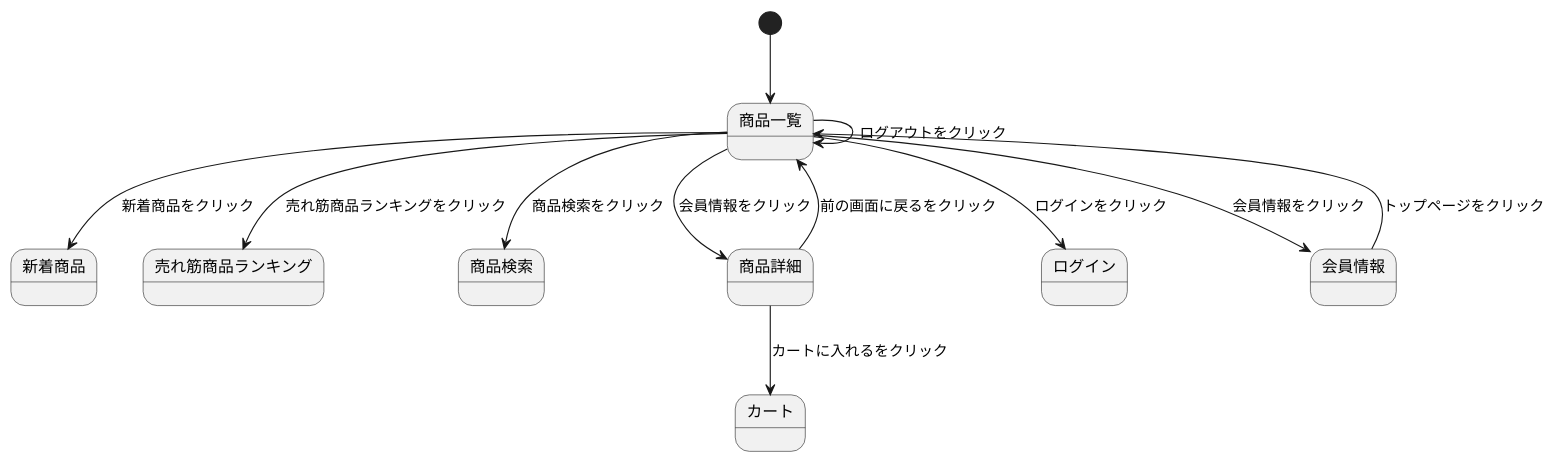
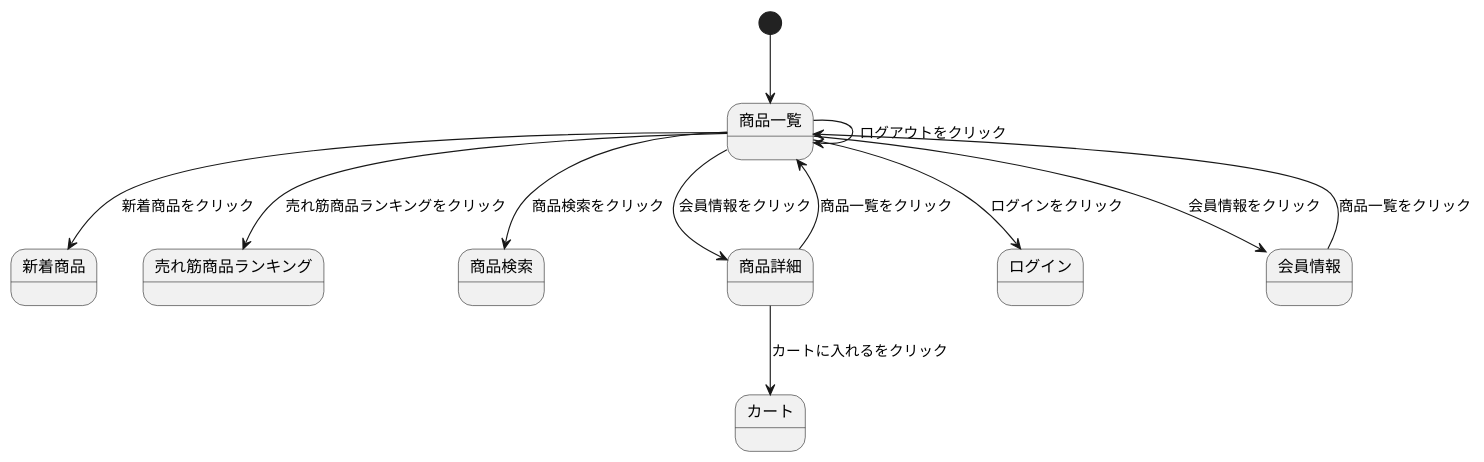
The diagram in stmmyshop.md (Aso2001369/2021sys-design), drawn with PlantUML before and after one commit.

````diff
--- a/stmmyshop.md
+++ b/stmmyshop.md
@@ -1,16 +1,16 @@
 ```uml
 @startuml
 
 [*] --> 商品一覧
 商品一覧 --> 新着商品 : 新着商品をクリック
 商品一覧 --> 売れ筋商品ランキング : 売れ筋商品ランキングをクリック
 商品一覧 --> 商品検索 : 商品検索をクリック
 商品一覧 --> 商品詳細 : 会員情報をクリック
 商品一覧 --> ログイン : ログインをクリック
 商品一覧 --> 商品一覧 : ログアウトをクリック
 商品一覧 --> 会員情報 : 会員情報をクリック
 商品詳細 --> カート : カートに入れるをクリック
-商品詳細 --> 商品一覧 : 前の画面に戻るをクリック
-会員情報 --> 商品一覧 : トップページをクリック
+商品詳細 --> 商品一覧 : 商品一覧をクリック
+会員情報 --> 商品一覧 : 商品一覧をクリック
 @enduml
 ```
````
